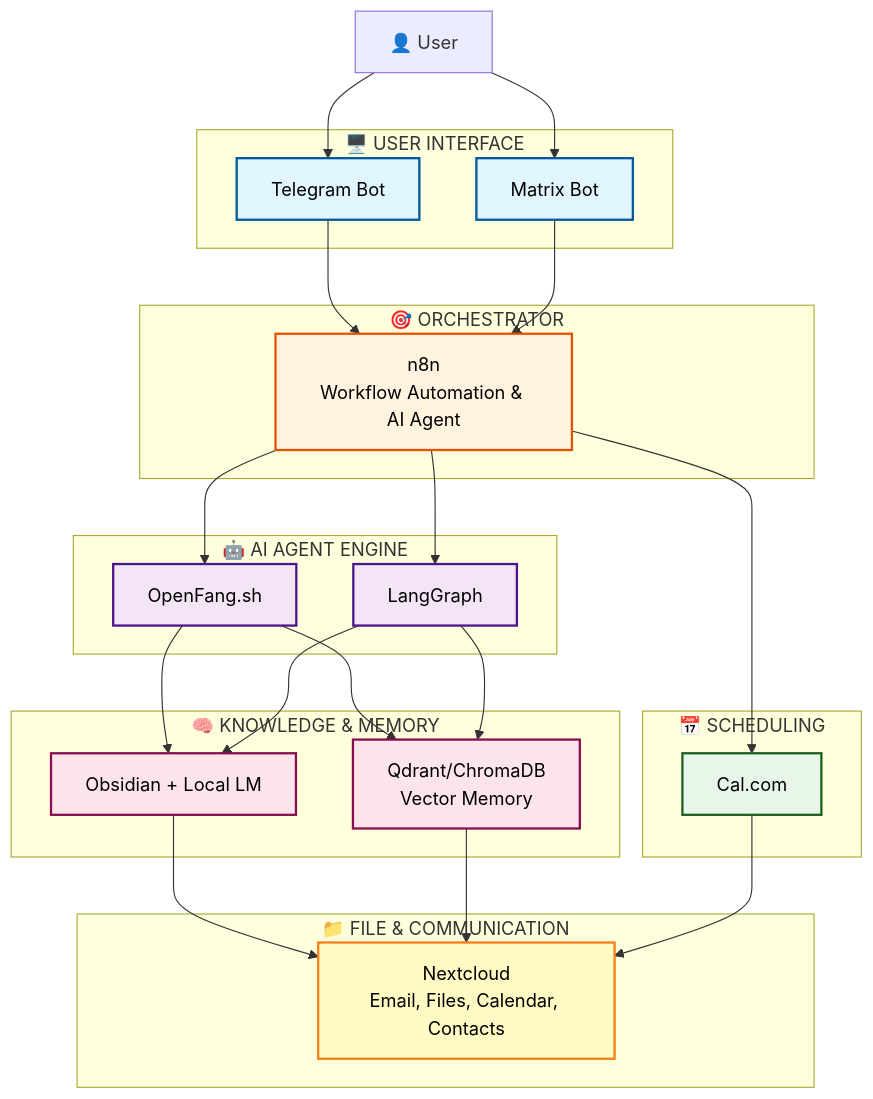
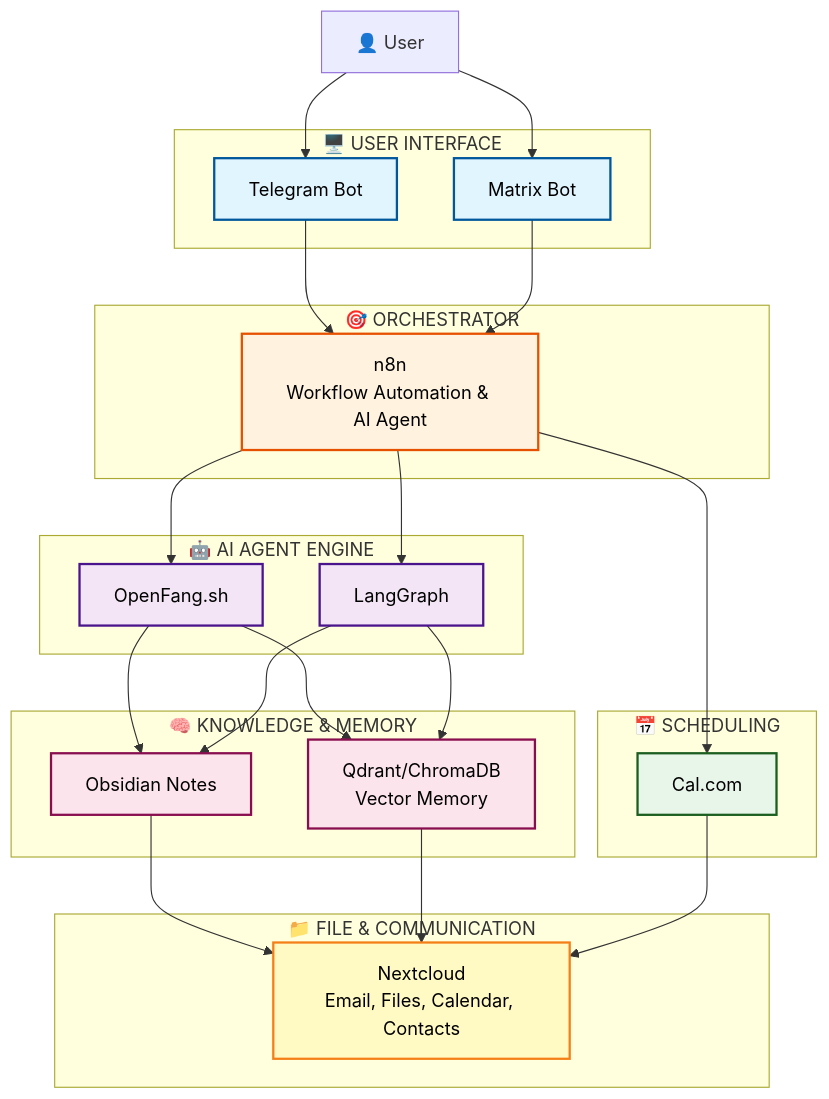
One commit to oppytut/pro-secretary changed the diagram in README.md. Above: the diagram before and after it, drawn with Mermaid. The commit also changed other lines of this file, not shown here.

First line of the commit message:
refactor: remove all local LLM (Ollama) references

````diff
--- a/README.md
+++ b/README.md
@@ -7,60 +7,60 @@
 ```mermaid
 graph TB
     User[👤 User]
     
     subgraph Interface["🖥️ USER INTERFACE"]
         TG[Telegram Bot]
         Matrix[Matrix Bot]
     end
     
     subgraph Orchestrator["🎯 ORCHESTRATOR"]
         N8N[n8n<br/>Workflow Automation & AI Agent]
     end
     
     subgraph AIEngine["🤖 AI AGENT ENGINE"]
         OpenFang[OpenFang.sh]
         LangGraph[LangGraph]
     end
     
     subgraph Scheduling["📅 SCHEDULING"]
         CalCom[Cal.com]
     end
     
     subgraph Knowledge["🧠 KNOWLEDGE & MEMORY"]
-        Obsidian[Obsidian + Local LM]
+        Obsidian[Obsidian Notes]
         Qdrant[Qdrant/ChromaDB<br/>Vector Memory]
     end
     
     subgraph FileComm["📁 FILE & COMMUNICATION"]
         Nextcloud[Nextcloud<br/>Email, Files, Calendar, Contacts]
     end
     
     User --> TG
     User --> Matrix
     TG --> N8N
     Matrix --> N8N
     N8N --> OpenFang
     N8N --> LangGraph
     N8N --> CalCom
     OpenFang --> Obsidian
     OpenFang --> Qdrant
     LangGraph --> Obsidian
     LangGraph --> Qdrant
     Obsidian --> Nextcloud
     Qdrant --> Nextcloud
     CalCom --> Nextcloud
     
     classDef interfaceStyle fill:#e1f5ff,stroke:#01579b,stroke-width:2px,color:#000
     classDef orchestratorStyle fill:#fff3e0,stroke:#e65100,stroke-width:2px,color:#000
     classDef aiStyle fill:#f3e5f5,stroke:#4a148c,stroke-width:2px,color:#000
     classDef scheduleStyle fill:#e8f5e9,stroke:#1b5e20,stroke-width:2px,color:#000
     classDef knowledgeStyle fill:#fce4ec,stroke:#880e4f,stroke-width:2px,color:#000
     classDef fileStyle fill:#fff9c4,stroke:#f57f17,stroke-width:2px,color:#000
     
     class TG,Matrix interfaceStyle
     class N8N orchestratorStyle
     class OpenFang,LangGraph aiStyle
     class CalCom scheduleStyle
     class Obsidian,Qdrant knowledgeStyle
     class Nextcloud fileStyle
 ```
````
